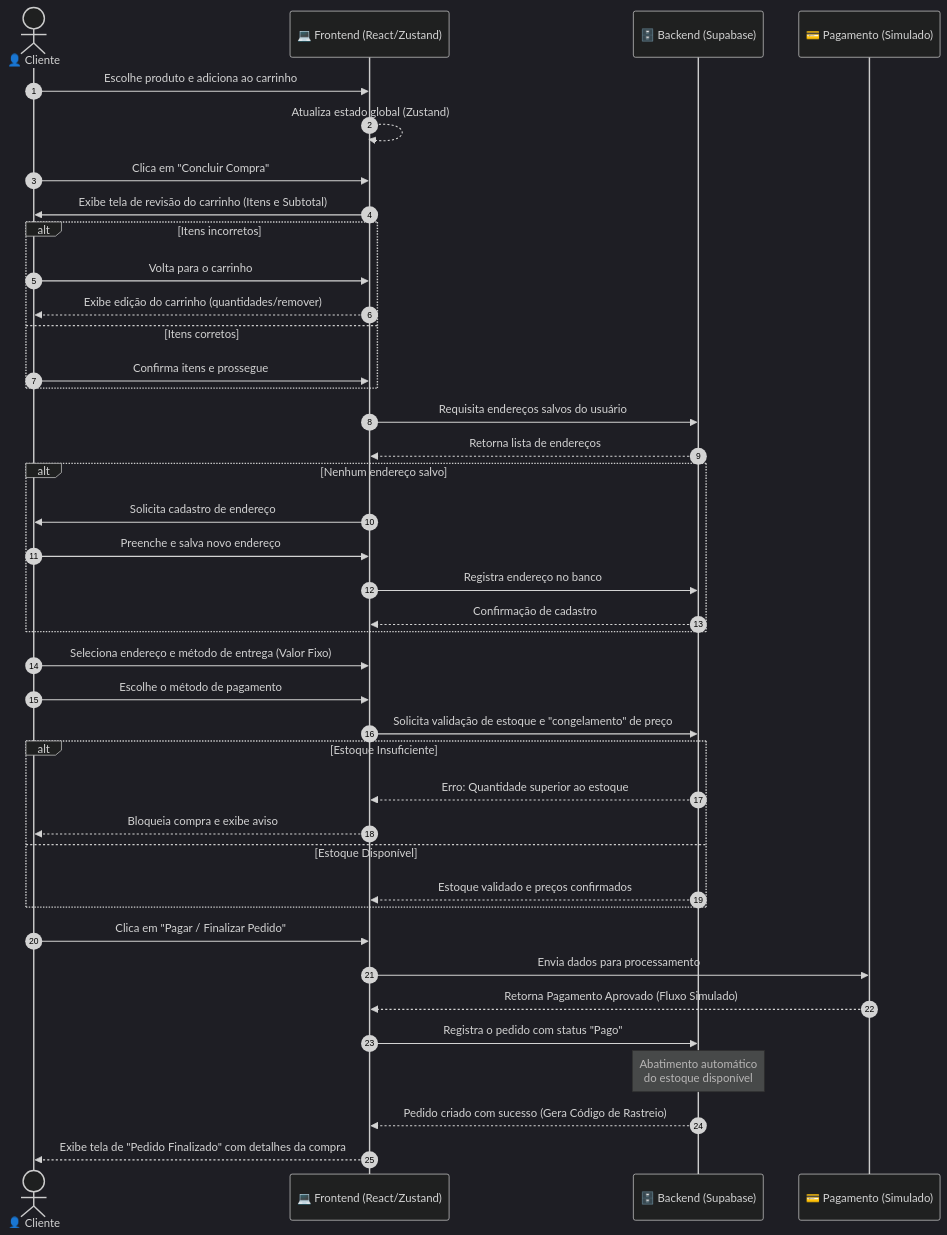
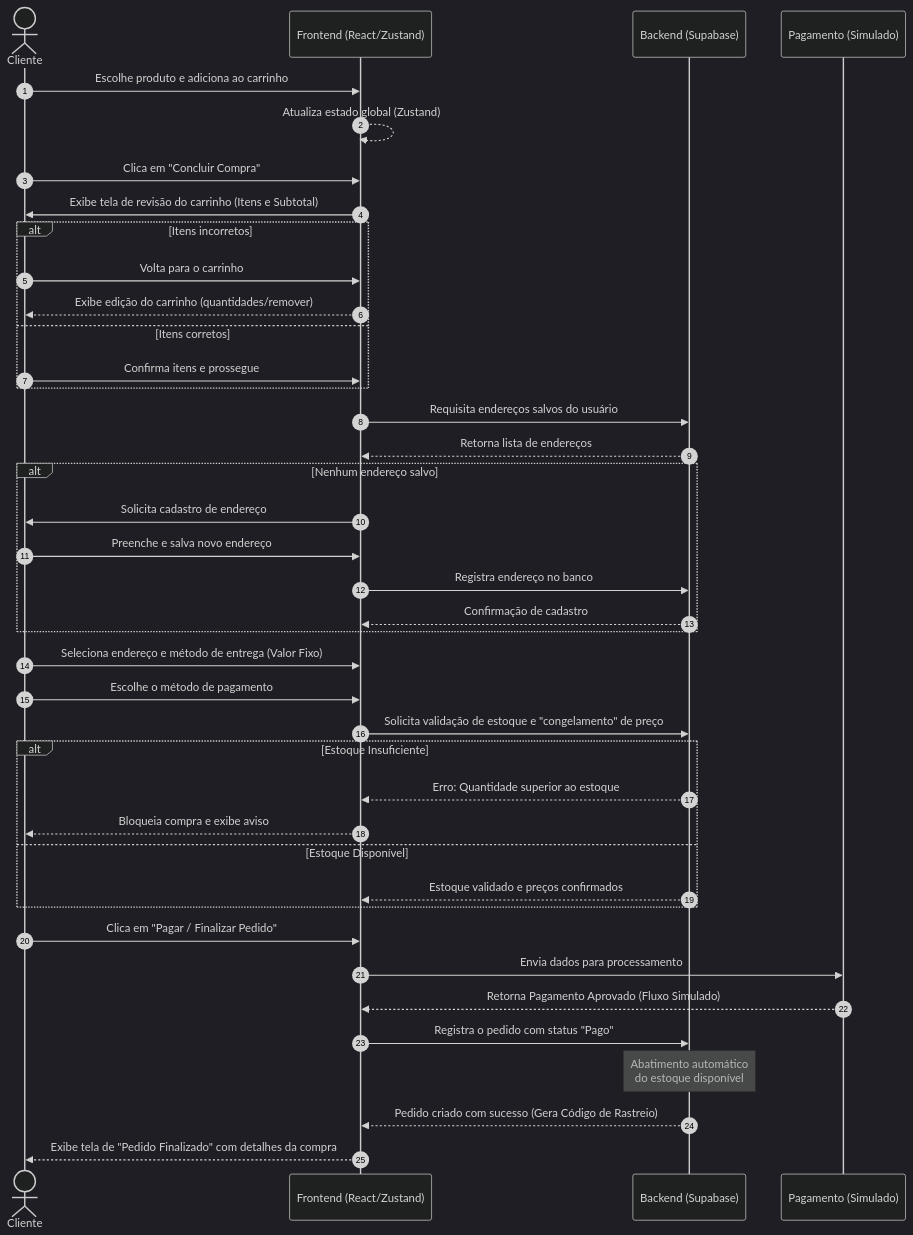
One commit to Beto-Ribeiro/AutoPro changed the third of 3 diagrams in README.md. Above: the diagram before and after it, drawn with Mermaid (dark theme). The commit also changed other lines of this file, not shown here.

Commit message:
docs: Atualização e implementação dos diagramas na documentação

````diff
--- a/README.md
+++ b/README.md
@@ -261,58 +261,58 @@
 ```mermaid
 sequenceDiagram
     autonumber
     
-    actor C as 👤 Cliente
-    participant F as 💻 Frontend (React/Zustand)
-    participant B as 🗄️ Backend (Supabase)
-    participant P as 💳 Pagamento (Simulado)
+    actor C as  Cliente
+    participant F as  Frontend (React/Zustand)
+    participant B as  Backend (Supabase)
+    participant P as  Pagamento (Simulado)
 
     %% Seleção e Carrinho
     C->>F: Escolhe produto e adiciona ao carrinho
     F-->>F: Atualiza estado global (Zustand)
     C->>F: Clica em "Concluir Compra"
     
     %% Revisão dos Itens
     F->>C: Exibe tela de revisão do carrinho (Itens e Subtotal)
     
     alt Itens incorretos
         C->>F: Volta para o carrinho
         F-->>C: Exibe edição do carrinho (quantidades/remover)
     else Itens corretos
         C->>F: Confirma itens e prossegue
     end
 
     %% Etapa de Endereço
     F->>B: Requisita endereços salvos do usuário
     B-->>F: Retorna lista de endereços
     
     alt Nenhum endereço salvo
         F->>C: Solicita cadastro de endereço
         C->>F: Preenche e salva novo endereço
         F->>B: Registra endereço no banco
         B-->>F: Confirmação de cadastro
     end
     
     C->>F: Seleciona endereço e método de entrega (Valor Fixo)
 
     %% Etapa de Pagamento e Validação
     C->>F: Escolhe o método de pagamento
     
     F->>B: Solicita validação de estoque e "congelamento" de preço
     alt Estoque Insuficiente
         B-->>F: Erro: Quantidade superior ao estoque
         F-->>C: Bloqueia compra e exibe aviso
     else Estoque Disponível
         B-->>F: Estoque validado e preços confirmados
     end
 
     %% Processamento e Finalização
     C->>F: Clica em "Pagar / Finalizar Pedido"
     F->>P: Envia dados para processamento
     P-->>F: Retorna Pagamento Aprovado (Fluxo Simulado)
     
     F->>B: Registra o pedido com status "Pago"
     Note over B: Abatimento automático<br/>do estoque disponível
     B-->>F: Pedido criado com sucesso (Gera Código de Rastreio)
     F-->>C: Exibe tela de "Pedido Finalizado" com detalhes da compra
 ```
````
